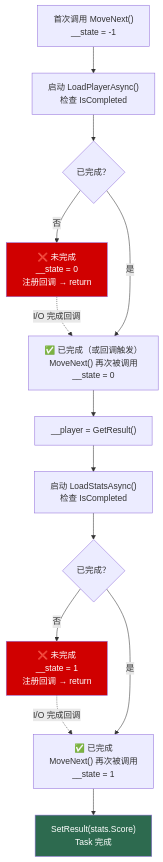
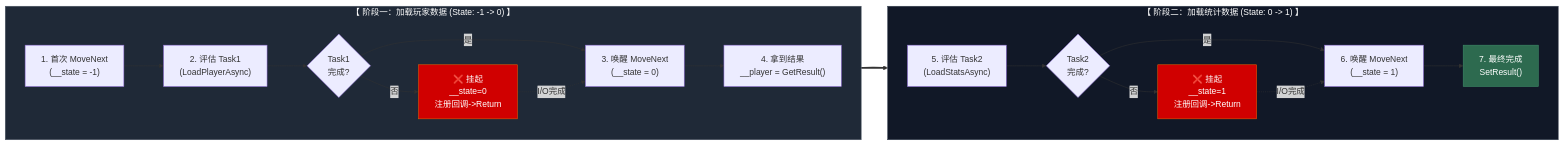
One commit to Lumivers/firefly changed the second of 3 diagrams in src/content/posts/learn_csharp/07_async_programming.md. Above: the diagram before and after it, drawn with Mermaid. The commit also changed other lines of this file and 1 other file, not shown here.

Commit message:
feat: 更新异步编程和CLR与编译管线章节中的示意图，增强对C#编译模型和异步机制的理解

````diff
--- a/src/content/posts/learn_csharp/07_async_programming.md
+++ b/src/content/posts/learn_csharp/07_async_programming.md
@@ -155,26 +165,40 @@
 ```mermaid
-flowchart TD
-    Start["首次调用 MoveNext()<br/>__state = -1"]
-    Await1["启动 LoadPlayerAsync()<br/>检查 IsCompleted"]
-    Comp1{"已完成？"}
-    Suspend1["❌ 未完成<br/>__state = 0<br/>注册回调 → return"]
-    Resume1["✅ 已完成（或回调触发）<br/>MoveNext() 再次被调用<br/>__state = 0"]
-    GetResult1["__player = GetResult()"]
-    Await2["启动 LoadStatsAsync()<br/>检查 IsCompleted"]
-    Comp2{"已完成？"}
-    Suspend2["❌ 未完成<br/>__state = 1<br/>注册回调 → return"]
-    Resume2["✅ 已完成<br/>MoveNext() 再次被调用<br/>__state = 1"]
-    Complete["SetResult(stats.Score)<br/>Task 完成"]
-    
-    Start --> Await1 --> Comp1
-    Comp1 -->|"否"| Suspend1 -.->|"I/O 完成回调"| Resume1
-    Comp1 -->|"是"| Resume1
-    Resume1 --> GetResult1 --> Await2 --> Comp2
-    Comp2 -->|"否"| Suspend2 -.->|"I/O 完成回调"| Resume2
-    Comp2 -->|"是"| Resume2
-    Resume2 --> Complete
-    
-    style Suspend1 fill:#d00000,color:white
-    style Suspend2 fill:#d00000,color:white
-    style Complete fill:#2d6a4f,color:white
+flowchart LR
+    %% ================= 第一层：LoadPlayer 阶段 =================
+    subgraph PHASE1 ["【 阶段一：加载玩家数据 (State: -1 -> 0) 】"]
+        direction LR
+        Start["1. 首次 MoveNext<br/>(__state = -1)"] --> Await1["2. 评估 Task1<br/>(LoadPlayerAsync)"]
+        Await1 --> Comp1{"Task1<br/>完成?"}
+        
+        %% 挂起与恢复分支
+        Comp1 -->|"否"| Suspend1["❌ 挂起<br/>__state=0<br/>注册回调->Return"]
+        Comp1 -->|"是"| Resume1
+        Suspend1 -.->|"I/O完成"| Resume1["3. 唤醒 MoveNext<br/>(__state = 0)"]
+        
+        Resume1 --> GetResult1["4. 拿到结果<br/>__player = GetResult()"]
+    end
+
+    %% ================= 第二层：LoadStats 阶段 =================
+    subgraph PHASE2 ["【 阶段二：加载统计数据 (State: 0 -> 1) 】"]
+        direction LR
+        Await2["5. 评估 Task2<br/>(LoadStatsAsync)"] --> Comp2{"Task2<br/>完成?"}
+        
+        %% 挂起与恢复分支
+        Comp2 -->|"否"| Suspend2["❌ 挂起<br/>__state=1<br/>注册回调->Return"]
+        Comp2 -->|"是"| Resume2
+        Suspend2 -.->|"I/O完成"| Resume2["6. 唤醒 MoveNext<br/>(__state = 1)"]
+        
+        Resume2 --> Complete["7. 最终完成<br/>SetResult()"]
+    end
+
+    %% 核心控制：连接第一层末尾到第二层开头，并强制两层上下规整对齐
+    GetResult1 ==> Await2
+    PHASE1 ~~~ PHASE2
+
+    %% 样式微调
+    style Suspend1 fill:#d00000,stroke:#e85d04,color:white
+    style Suspend2 fill:#d00000,stroke:#e85d04,color:white
+    style Complete fill:#2d6a4f,stroke:#40916c,color:white
+    style PHASE1 fill:#1f2937,stroke:#4b5563,color:white
+    style PHASE2 fill:#111827,stroke:#374151,color:white
 ```
````
